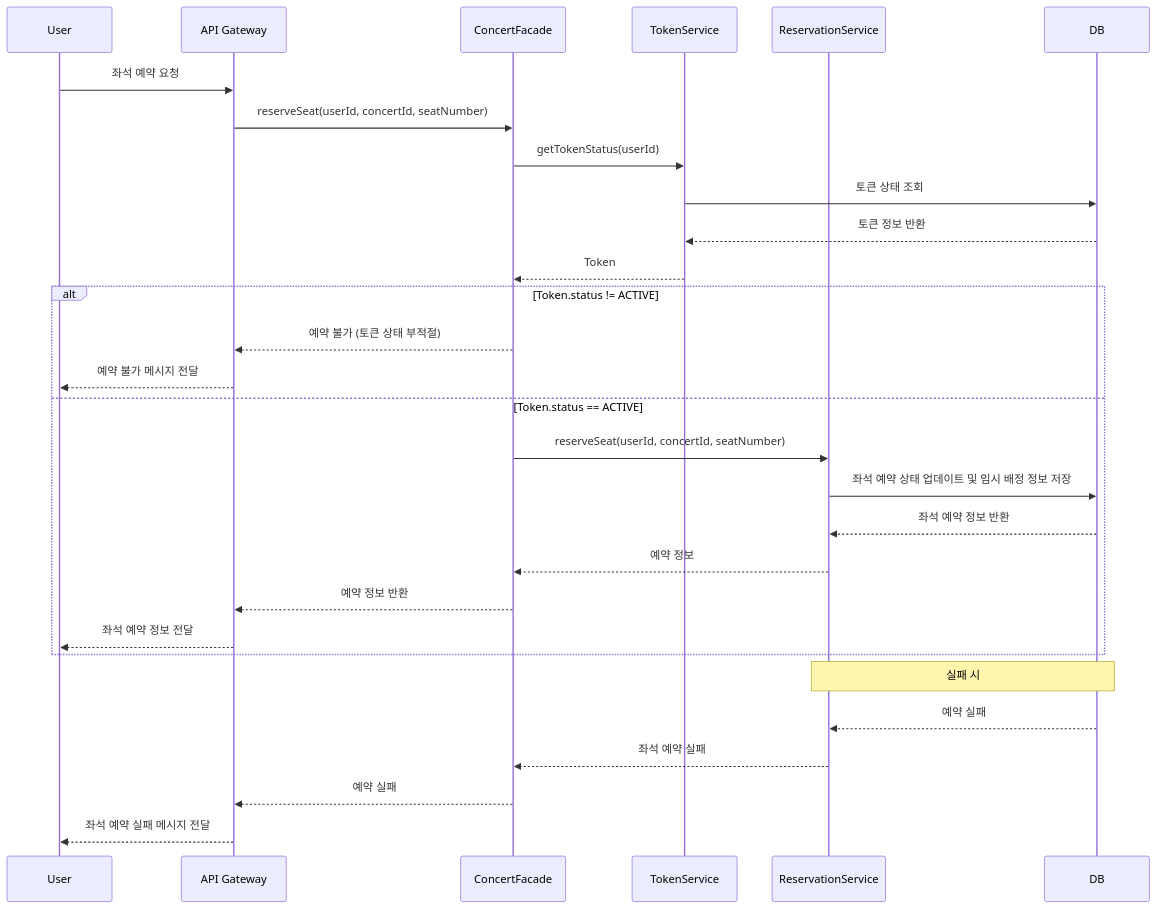
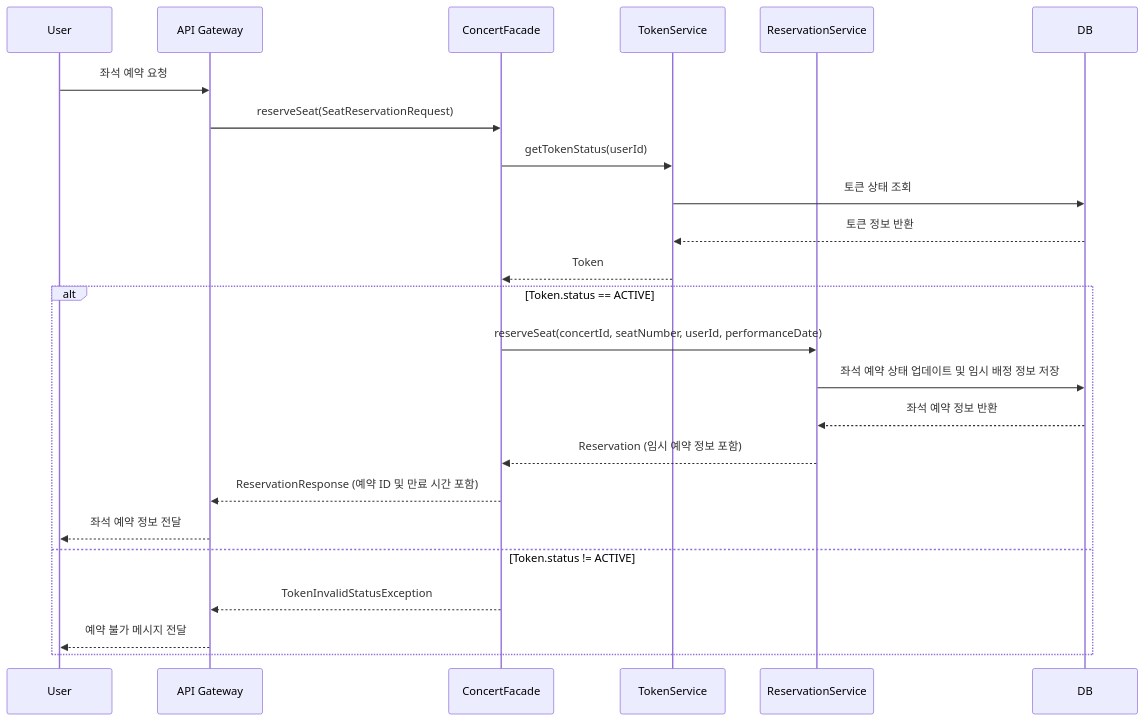
One commit to ghwoo93/hhplus-concert-3week changed the fifth of 10 diagrams in README.md. Above: the diagram before and after it, drawn with Mermaid. The commit also changed other lines of this file, not shown here.

````diff
--- a/README.md
+++ b/README.md
@@ -412,33 +409,27 @@
 ```mermaid
 sequenceDiagram
     participant User
     participant API Gateway
     participant ConcertFacade
     participant TokenService
     participant ReservationService
     participant DB
 
     User->>API Gateway: 좌석 예약 요청
-    API Gateway->>ConcertFacade: reserveSeat(userId, concertId, seatNumber)
+    API Gateway->>ConcertFacade: reserveSeat(SeatReservationRequest)
     ConcertFacade->>TokenService: getTokenStatus(userId)
     TokenService->>DB: 토큰 상태 조회
     DB-->>TokenService: 토큰 정보 반환
     TokenService-->>ConcertFacade: Token
-    alt Token.status != ACTIVE
-        ConcertFacade-->>API Gateway: 예약 불가 (토큰 상태 부적절)
-        API Gateway-->>User: 예약 불가 메시지 전달
-    else Token.status == ACTIVE
-        ConcertFacade->>ReservationService: reserveSeat(userId, concertId, seatNumber)
+    alt Token.status == ACTIVE
+        ConcertFacade->>ReservationService: reserveSeat(concertId, seatNumber, userId, performanceDate)
         ReservationService->>DB: 좌석 예약 상태 업데이트 및 임시 배정 정보 저장
         DB-->>ReservationService: 좌석 예약 정보 반환
-        ReservationService-->>ConcertFacade: 예약 정보
-        ConcertFacade-->>API Gateway: 예약 정보 반환
+        ReservationService-->>ConcertFacade: Reservation (임시 예약 정보 포함)
+        ConcertFacade-->>API Gateway: ReservationResponse (예약 ID 및 만료 시간 포함)
         API Gateway-->>User: 좌석 예약 정보 전달
+    else Token.status != ACTIVE
+        ConcertFacade-->>API Gateway: TokenInvalidStatusException
+        API Gateway-->>User: 예약 불가 메시지 전달
     end
-
-    Note over ReservationService,DB: 실패 시
-    DB-->>ReservationService: 예약 실패
-    ReservationService-->>ConcertFacade: 좌석 예약 실패
-    ConcertFacade-->>API Gateway: 예약 실패
-    API Gateway-->>User: 좌석 예약 실패 메시지 전달
 ```
````
